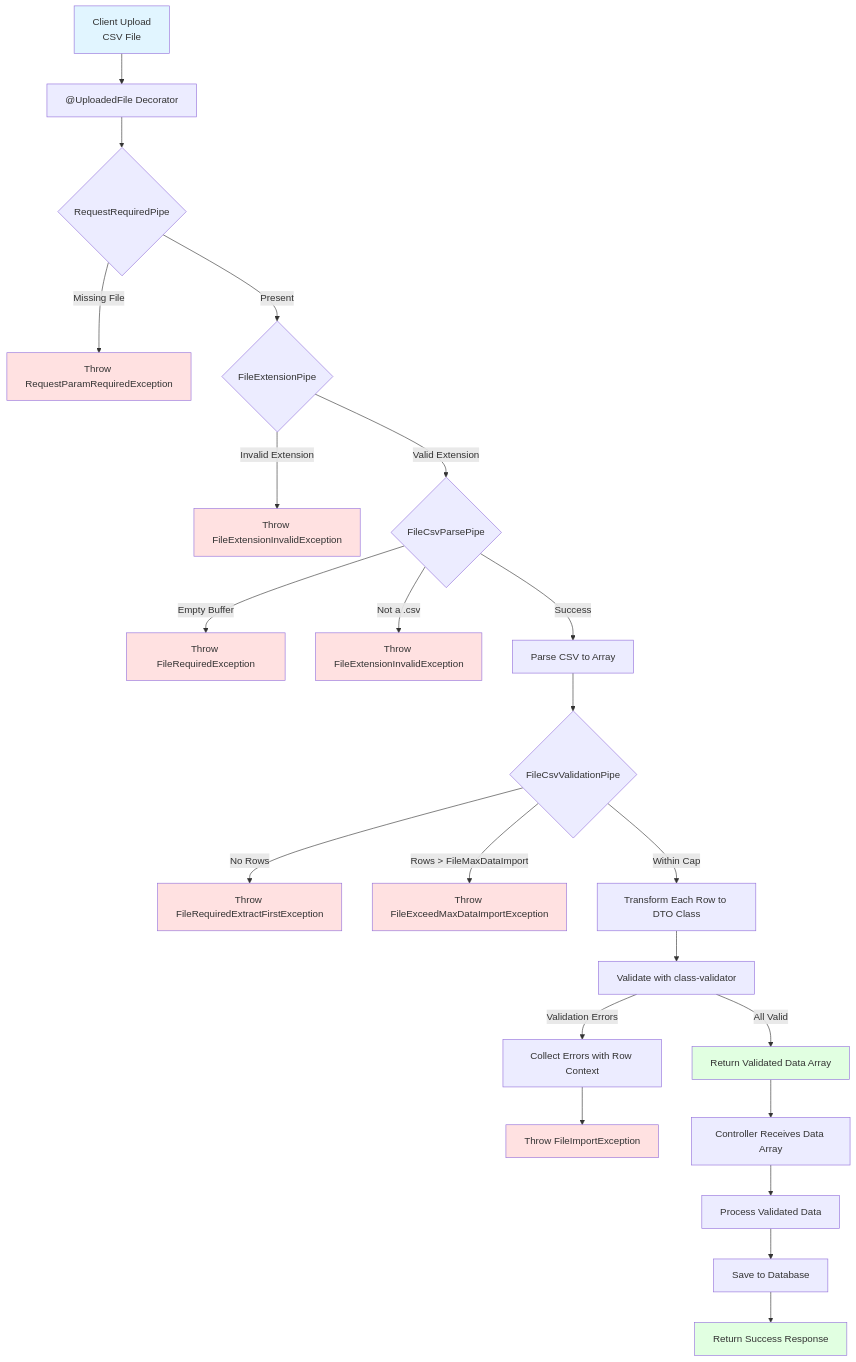
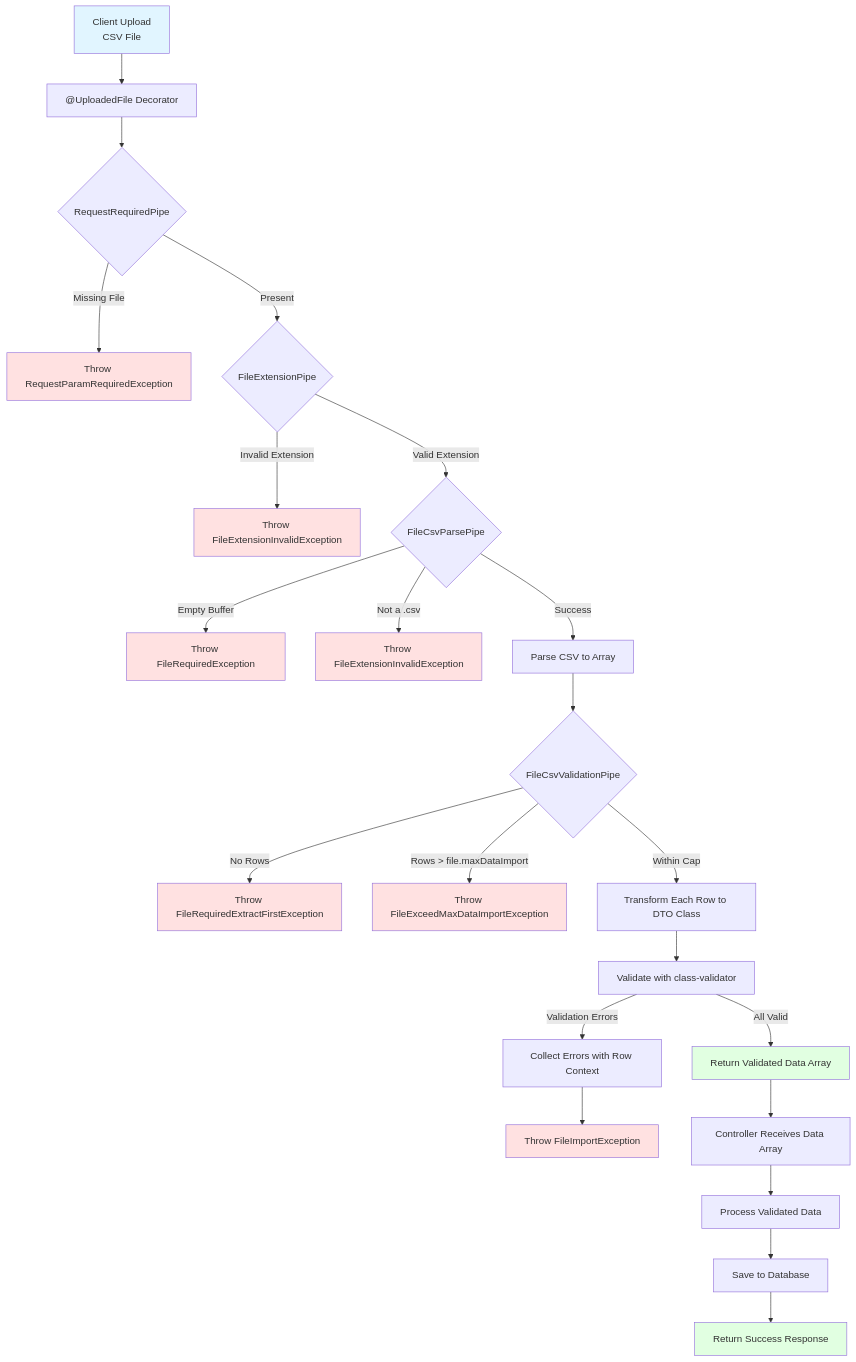
One commit to andrechristikan/ack-nestjs-boilerplate changed the diagram in docs/file-upload.md. Above: the diagram before and after it, drawn with Mermaid. The commit also changed other lines of this file and 31 other files, not shown here.

````diff
--- a/docs/file-upload.md
+++ b/docs/file-upload.md
@@ -188,43 +188,43 @@
 ```mermaid
 flowchart TD
     A[Client Upload<br/>CSV File] --> B[ @UploadedFile Decorator]
     B --> B2{RequestRequiredPipe}
     
     B2 -->|Missing File| B3[Throw RequestParamRequiredException]
     B2 -->|Present| C{FileExtensionPipe}
     
     C -->|Invalid Extension| D[Throw FileExtensionInvalidException]
     C -->|Valid Extension| E{FileCsvParsePipe}
     
     E -->|Empty Buffer| F[Throw FileRequiredException]
     E -->|Not a .csv| G[Throw FileExtensionInvalidException]
     E -->|Success| H[Parse CSV to Array]
     
     H --> I{FileCsvValidationPipe}
     
     I -->|No Rows| I2[Throw FileRequiredExtractFirstException]
-    I -->|Rows > FileMaxDataImport| I3[Throw FileExceedMaxDataImportException]
+    I -->|Rows > file.maxDataImport| I3[Throw FileExceedMaxDataImportException]
     I -->|Within Cap| J[Transform Each Row to DTO Class]
     J --> K[Validate with class-validator]
     
     K -->|Validation Errors| L[Collect Errors with Row Context]
     L --> M[Throw FileImportException]
     
     K -->|All Valid| N[Return Validated Data Array]
     N --> O[Controller Receives Data Array]
     O --> P[Process Validated Data]
     
     P --> Q[Save to Database]
     Q --> R[Return Success Response]
     
     style A fill:#e1f5ff
     style B3 fill:#ffe1e1
     style D fill:#ffe1e1
     style F fill:#ffe1e1
     style G fill:#ffe1e1
     style I2 fill:#ffe1e1
     style I3 fill:#ffe1e1
     style M fill:#ffe1e1
     style N fill:#e1ffe1
     style R fill:#e1ffe1
 ```
````
